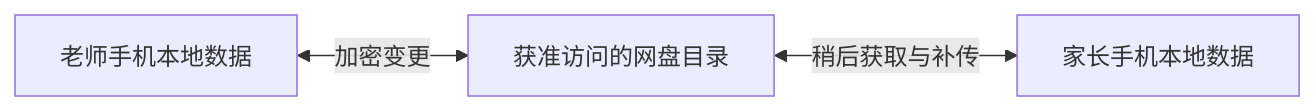
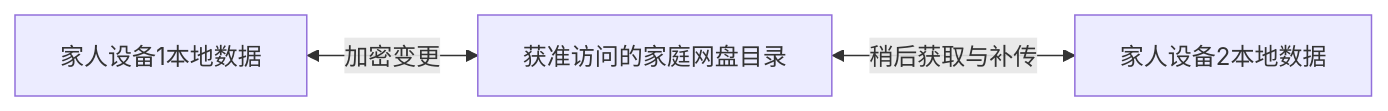
Before and after one commit to q9good/skarmar: the diagram in docs/no-owned-infrastructure-research.md, drawn with Mermaid. The commit also changed other lines of this file and 2 other files, not shown here.

````diff
--- a/docs/no-owned-infrastructure-research.md
+++ b/docs/no-owned-infrastructure-research.md
@@ -37,5 +39,5 @@
 ```mermaid
 flowchart LR
-  A[老师手机本地数据] <-->|加密变更| B[获准访问的网盘目录]
-  B <-->|稍后获取与补传| C[家长手机本地数据]
+  A[家人设备1本地数据] <-->|加密变更| B[获准访问的家庭网盘目录]
+  B <-->|稍后获取与补传| C[家人设备2本地数据]
 ```
````
